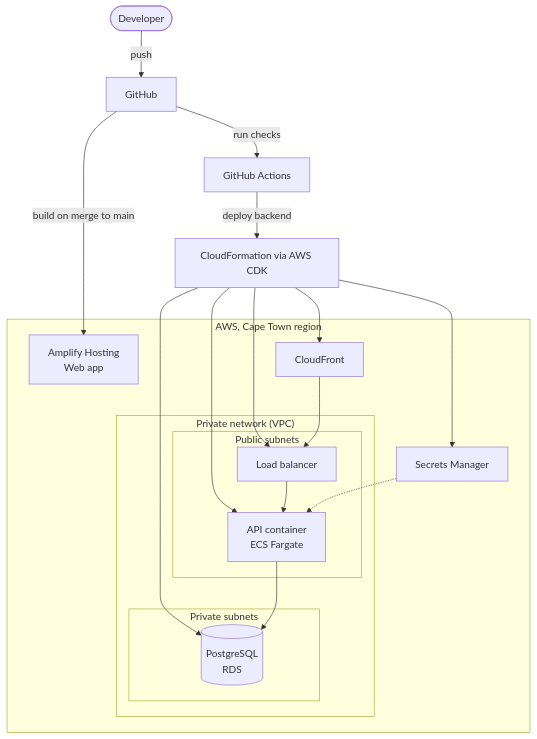
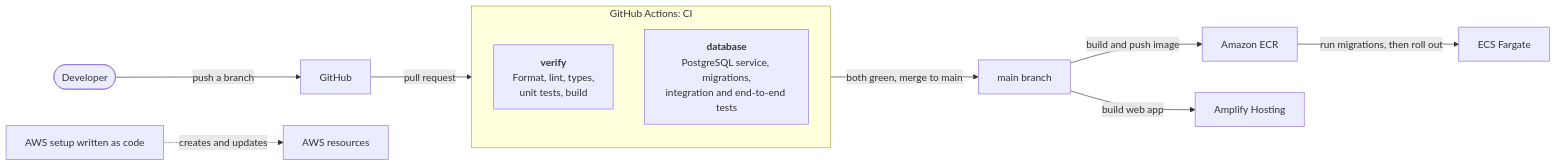
Before and after one commit to Ayush-B99/hierarchyHub: the tenth of 10 diagrams in docs/sas/SAS.md, drawn with Mermaid. The commit also changed other lines of this file and 1 other file, not shown here.

Commit message:
Add deployment and architecture diagrams, finalise the technical document

````diff
--- a/docs/sas/SAS.md
+++ b/docs/sas/SAS.md
@@ -259,32 +358,17 @@
 ```mermaid
-flowchart TB
-    dev(["Developer"]) -->|"push"| gh["GitHub"]
-    gh -->|"run checks"| ci["GitHub Actions"]
-    gh -->|"build on merge to main"| amp
-    ci -->|"deploy backend"| cfn["CloudFormation via AWS CDK"]
+flowchart LR
+    dev(["Developer"]) -->|"push a branch"| gh["GitHub"]
+    gh -->|"pull request"| ci
 
-    subgraph aws["AWS, Cape Town region"]
-        amp["Amplify Hosting<br/>Web app"]
-        cdn["CloudFront"]
-        subgraph vpc["Private network (VPC)"]
-            subgraph public["Public subnets"]
-                alb["Load balancer"]
-                task["API container<br/>ECS Fargate"]
-            end
-            subgraph private["Private subnets"]
-                rds[("PostgreSQL<br/>RDS")]
-            end
-        end
-        sm["Secrets Manager"]
+    subgraph ci["GitHub Actions: CI"]
+        direction TB
+        verify["<b>verify</b><br/>Format, lint, types,<br/>unit tests, build"]
+        dbjob["<b>database</b><br/>PostgreSQL service, migrations,<br/>integration and end-to-end tests"]
     end
 
-    cfn --> cdn
-    cfn --> alb
-    cfn --> task
-    cfn --> rds
-    cfn --> sm
-    cdn --> alb
-    alb --> task
-    task --> rds
-    sm -.-> task
+    ci -->|"both green, merge to main"| main["main branch"]
+    main -->|"build and push image"| ecr["Amazon ECR"]
+    ecr -->|"run migrations, then roll out"| ecs["ECS Fargate"]
+    main -->|"build web app"| amp["Amplify Hosting"]
+    iac["AWS setup written as code"] -.->|"creates and updates"| aws["AWS resources"]
 ```
````
